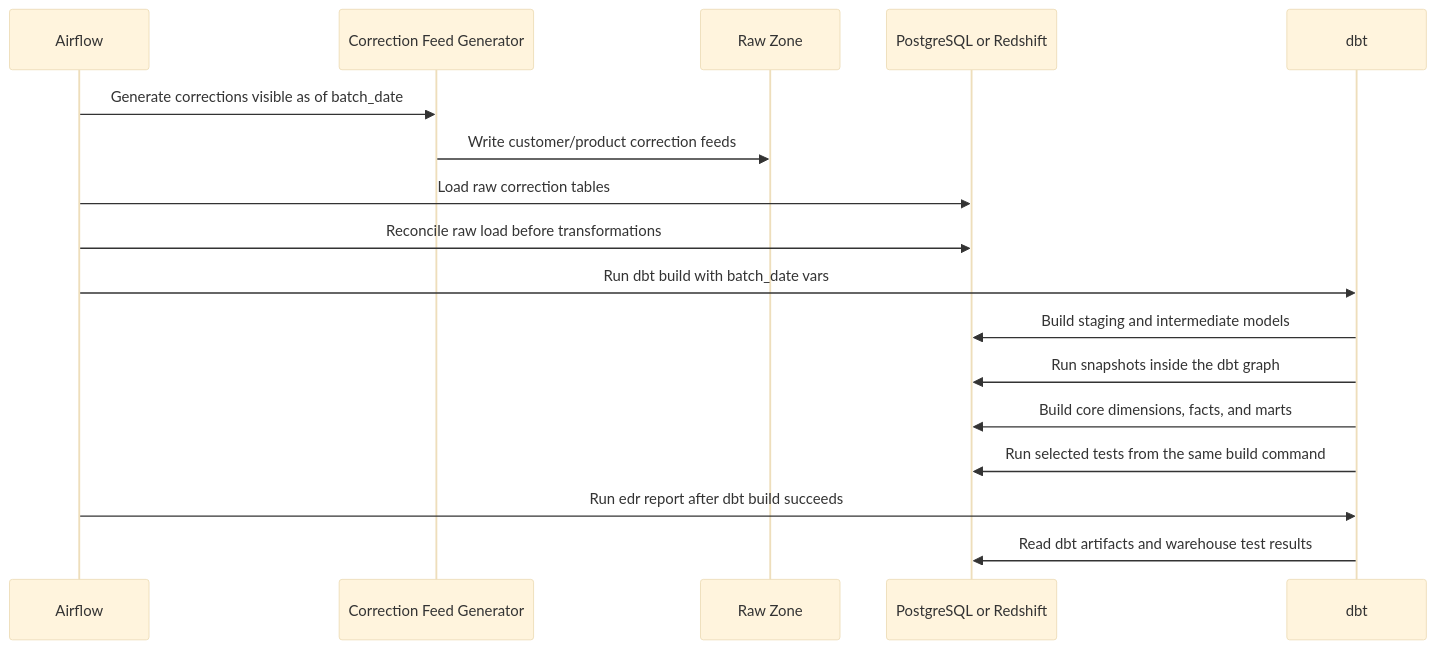
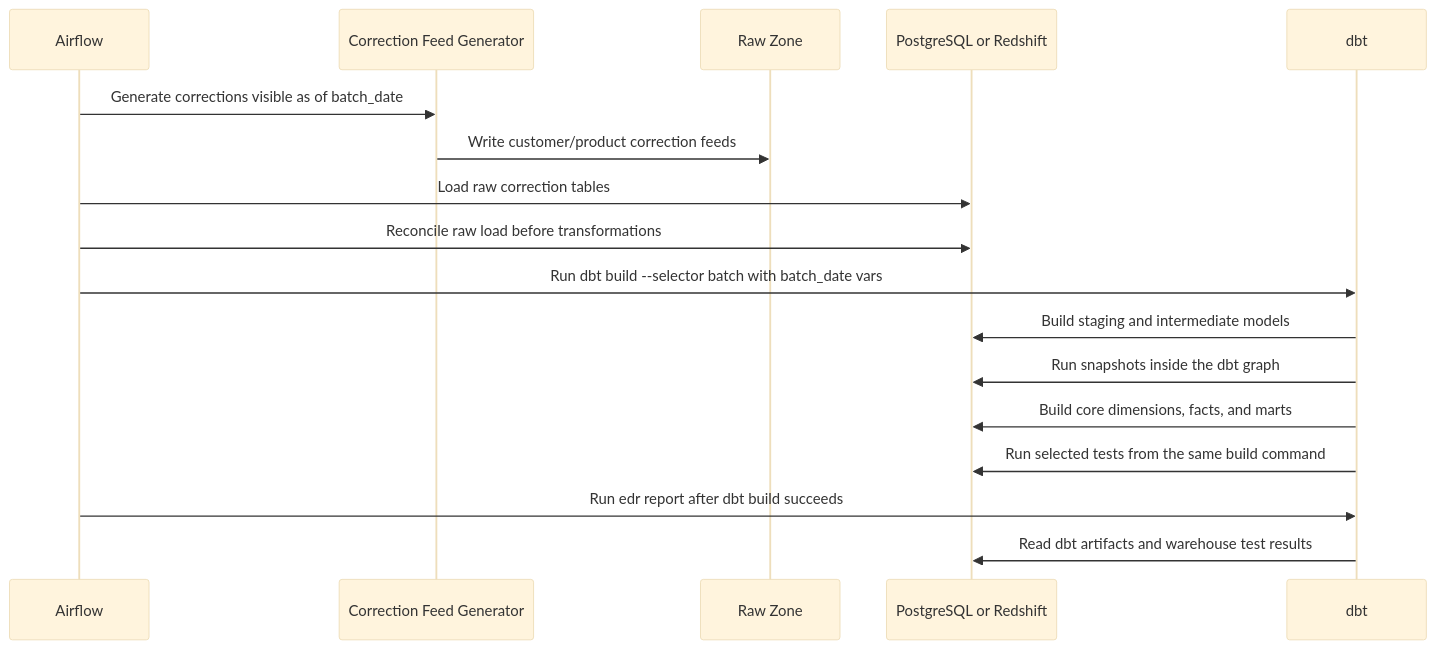
Before and after one commit to evgenii-karpov/olist-mds: the sixth of 6 diagrams in docs/diagrams.md, drawn with Mermaid (base theme). The commit also changed other lines of this file and 32 other files, not shown here.

Commit message:
refactor(dbt): isolate batch and realtime execution paths

````diff
--- a/docs/diagrams.md
+++ b/docs/diagrams.md
@@ -222,20 +222,20 @@
 ```mermaid
 sequenceDiagram
     participant Airflow
     participant Generator as Correction Feed Generator
     participant RawZone as Raw Zone
     participant Warehouse as PostgreSQL or Redshift
     participant dbt
 
     Airflow->>Generator: Generate corrections visible as of batch_date
     Generator->>RawZone: Write customer/product correction feeds
     Airflow->>Warehouse: Load raw correction tables
     Airflow->>Warehouse: Reconcile raw load before transformations
-    Airflow->>dbt: Run dbt build with batch_date vars
+    Airflow->>dbt: Run dbt build --selector batch with batch_date vars
     dbt->>Warehouse: Build staging and intermediate models
     dbt->>Warehouse: Run snapshots inside the dbt graph
     dbt->>Warehouse: Build core dimensions, facts, and marts
     dbt->>Warehouse: Run selected tests from the same build command
     Airflow->>dbt: Run edr report after dbt build succeeds
     dbt->>Warehouse: Read dbt artifacts and warehouse test results
 ```
````
